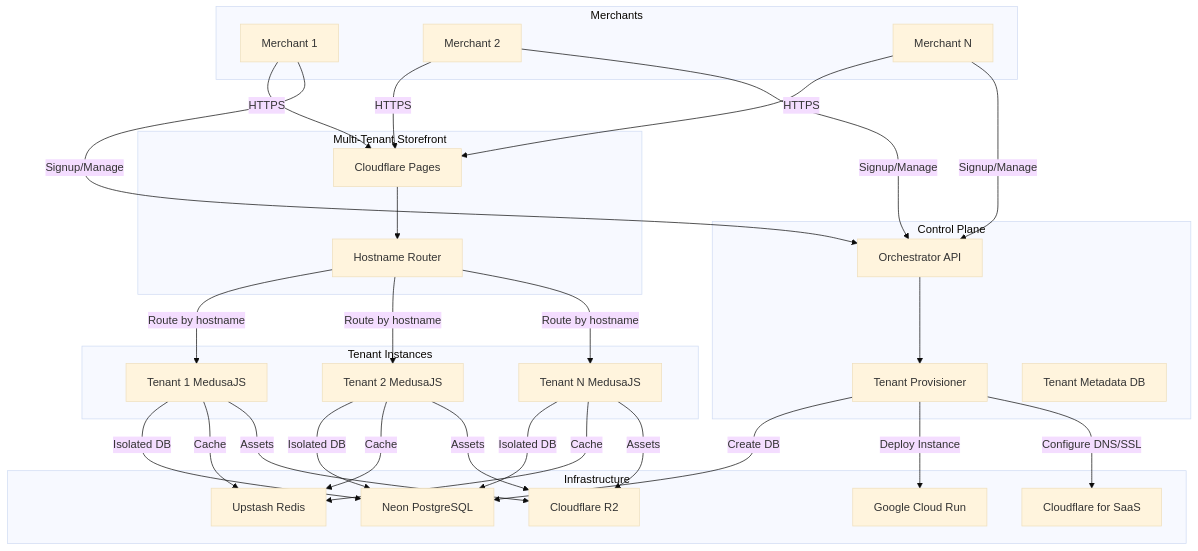
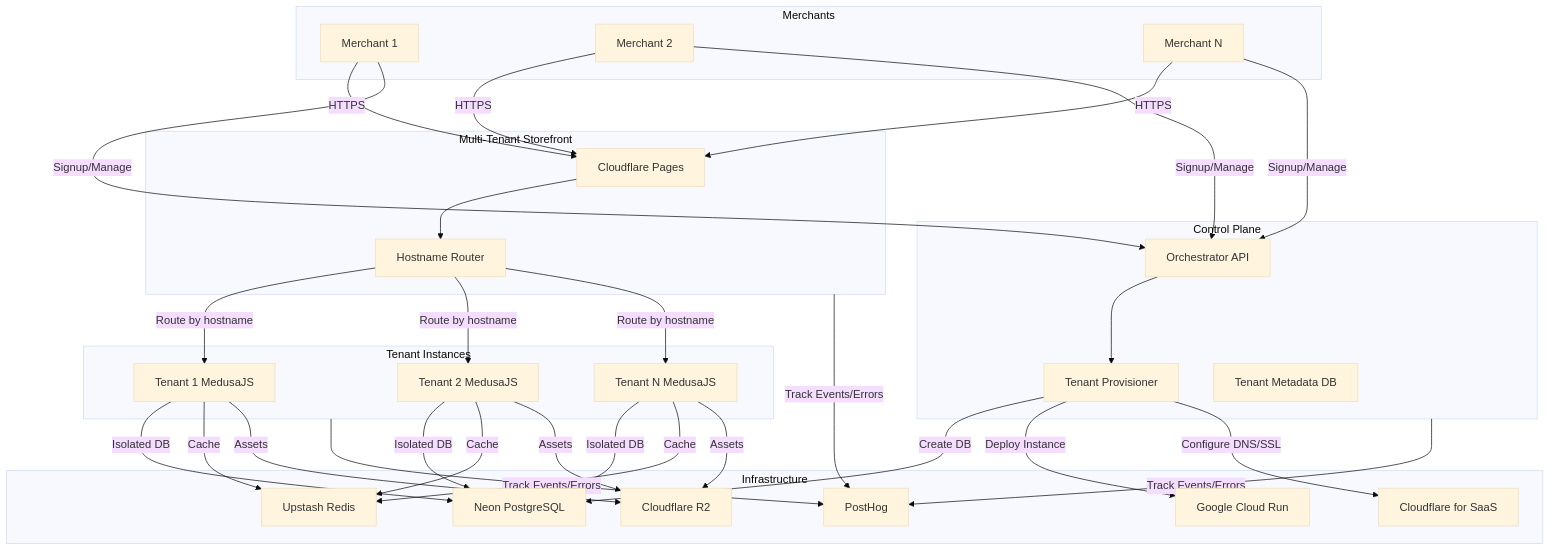
One commit to yuriolive/learning-infra changed the diagram in PRD.md. Above: the diagram before and after it, drawn with Mermaid (base theme). The commit also changed other lines of this file and 2 other files, not shown here.

Commit message:
docs: create a comprehensive environment and secrets setup guide, with minor additions to AGENTS and PRD documents.

````diff
--- a/PRD.md
+++ b/PRD.md
@@ -39,50 +39,50 @@
 ```mermaid
 flowchart TB
     subgraph merchants [Merchants]
         M1[Merchant 1]
         M2[Merchant 2]
         M3[Merchant N]
     end
 
     subgraph storefront [Multi-Tenant Storefront]
         CF[Cloudflare Pages]
         Router[Hostname Router]
     end
 
     subgraph controlPlane [Control Plane]
         API[Orchestrator API]
         Provisioner[Tenant Provisioner]
         Metadata[Tenant Metadata DB]
     end
 
     subgraph tenantInstances [Tenant Instances]
         T1[Tenant 1 MedusaJS]
         T2[Tenant 2 MedusaJS]
         T3[Tenant N MedusaJS]
     end
 
     subgraph infrastructure [Infrastructure]
         GCR[Google Cloud Run]
         Neon[Neon PostgreSQL]
         Redis[Upstash Redis]
         R2[Cloudflare R2]
         CFSAAS[Cloudflare for SaaS]
+        PH[PostHog]
     end
 
     M1 & M2 & M3 -->|HTTPS| CF
     CF --> Router
     Router -->|Route by hostname| T1 & T2 & T3
 
     M1 & M2 & M3 -->|Signup/Manage| API
     API --> Provisioner
     Provisioner -->|Create DB| Neon
     Provisioner -->|Deploy Instance| GCR
     Provisioner -->|Configure DNS/SSL| CFSAAS
 
-    T1 -->|Isolated DB| Neon
-    T2 -->|Isolated DB| Neon
-    T3 -->|Isolated DB| Neon
+    T1 & T2 & T3 -->|Isolated DB| Neon
+    controlPlane & tenantInstances & storefront -->|Track Events/Errors| PH
 
     T1 & T2 & T3 -->|Cache| Redis
     T1 & T2 & T3 -->|Assets| R2
 ```
````
